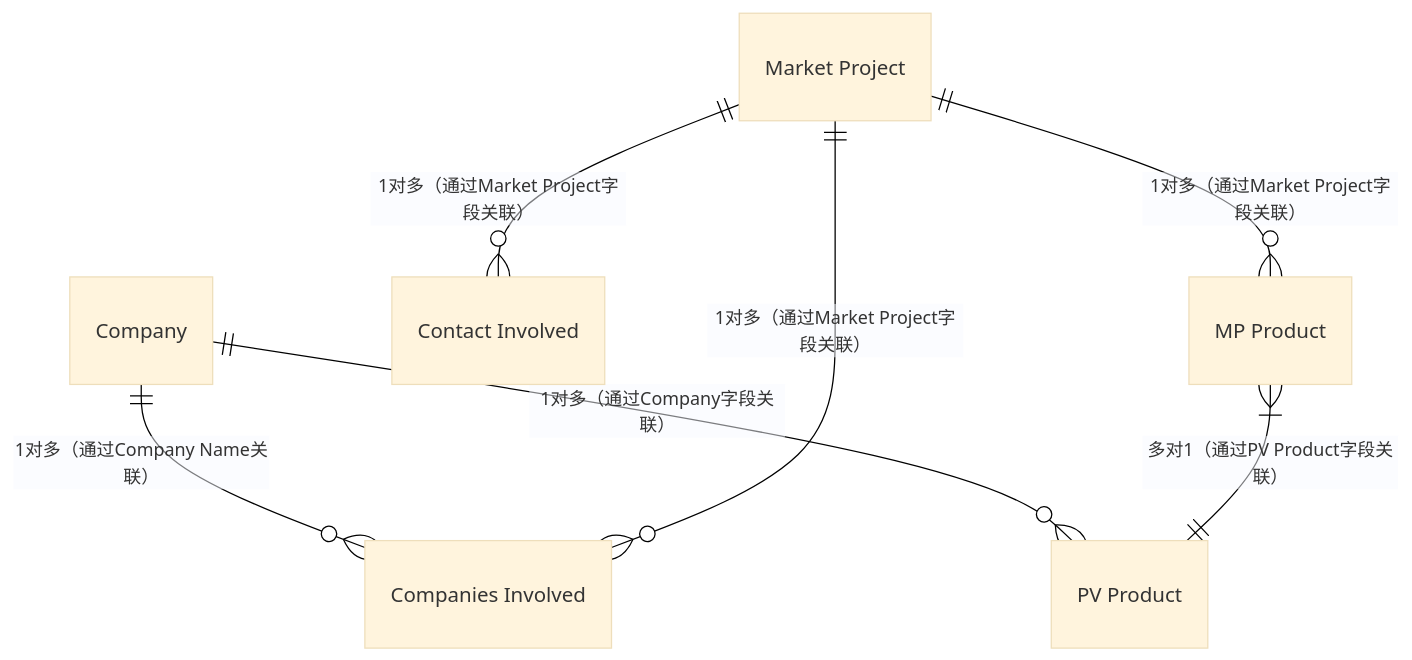
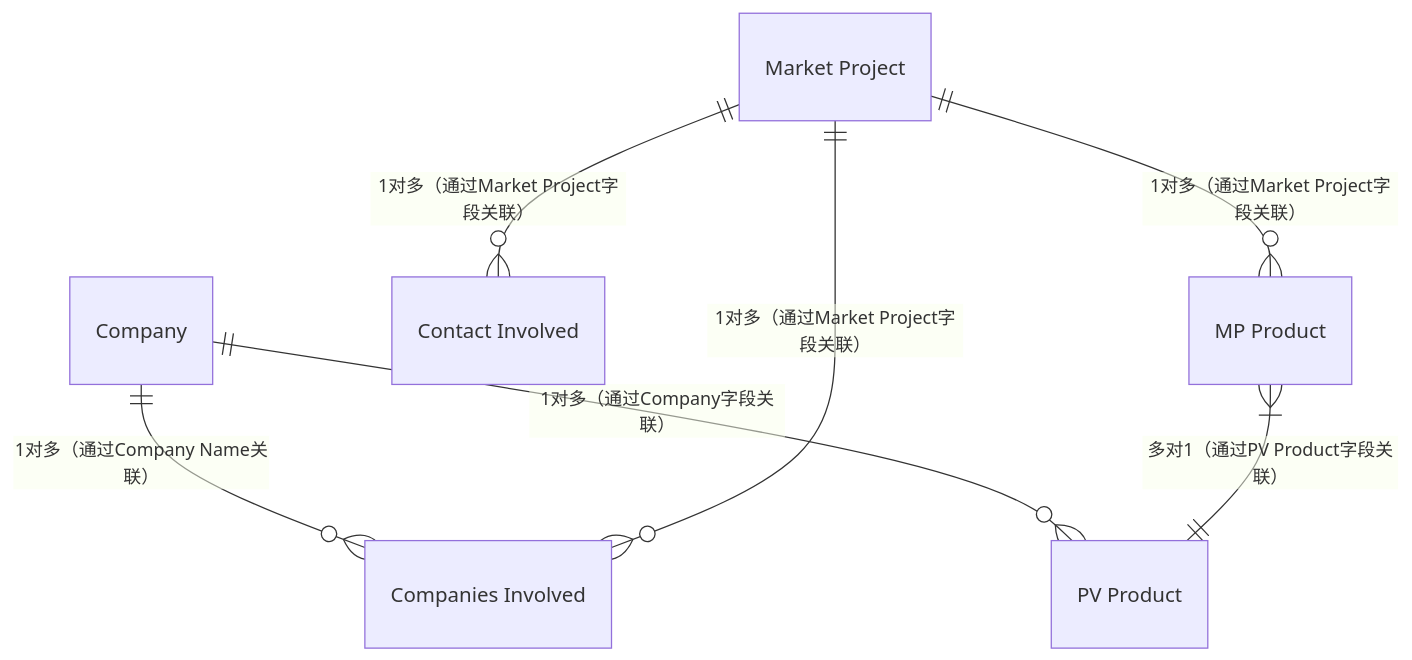
Before and after one commit to zhangziru-33/iodraw-files: the diagram in all/Norden数据E-R图.md, drawn with Mermaid.

Commit message:
2025-12-04 11:20:54 update

````diff
--- a/all/Norden数据E-R图.md
+++ b/all/Norden数据E-R图.md
@@ -1,10 +1,10 @@
 ```mermaid
-%%{init: {'theme': 'base', 'themeVariables': {'background': '#ffffff'}}}%%
+%% {init: {'theme': 'base', 'themeVariables': {'background': '#ffffff'}}}%%
 erDiagram
     Company ||--o{ "Companies Involved" : "1对多（通过Company Name关联）"
     Company ||--o{ "PV Product" : "1对多（通过Company字段关联）"
     "Market Project" ||--o{ "Companies Involved" : "1对多（通过Market Project字段关联）"
     "Market Project" ||--o{ "Contact Involved" : "1对多（通过Market Project字段关联）"
     "Market Project" ||--o{ "MP Product" : "1对多（通过Market Project字段关联）"
     "MP Product" }|--|| "PV Product" : "多对1（通过PV Product字段关联）"
 ```
````
